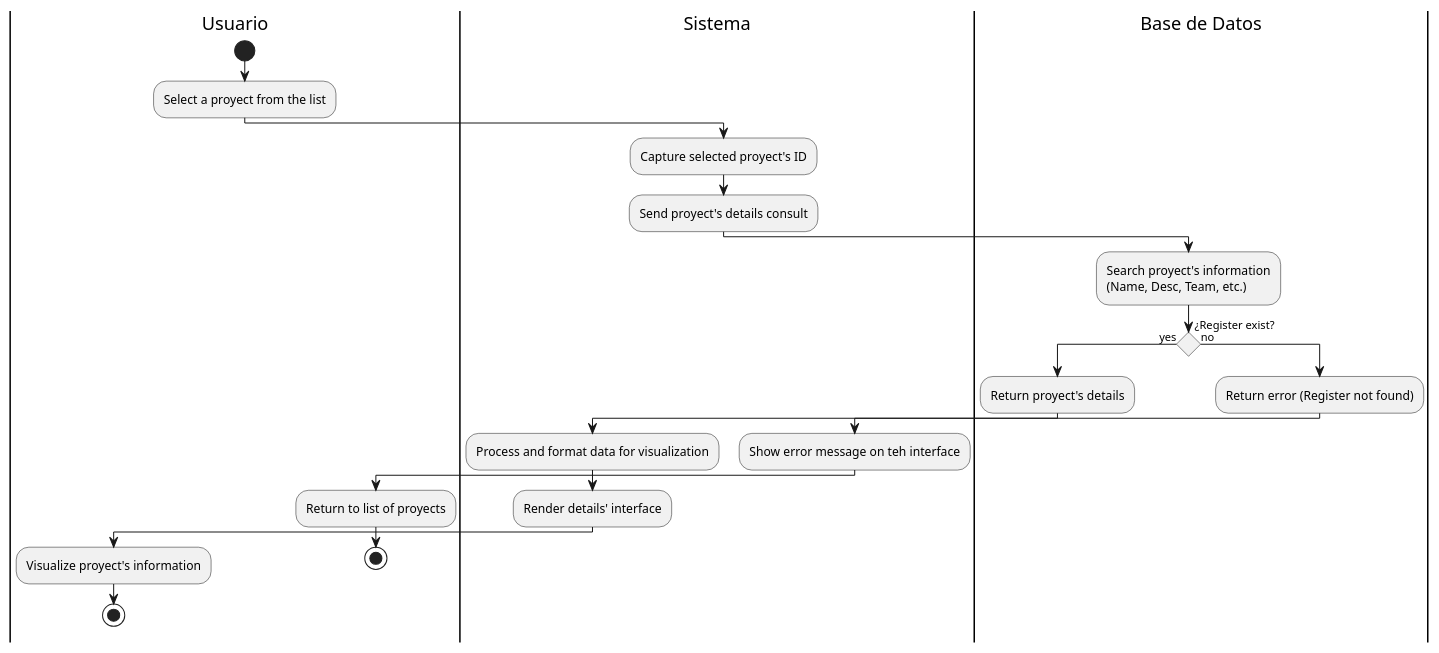
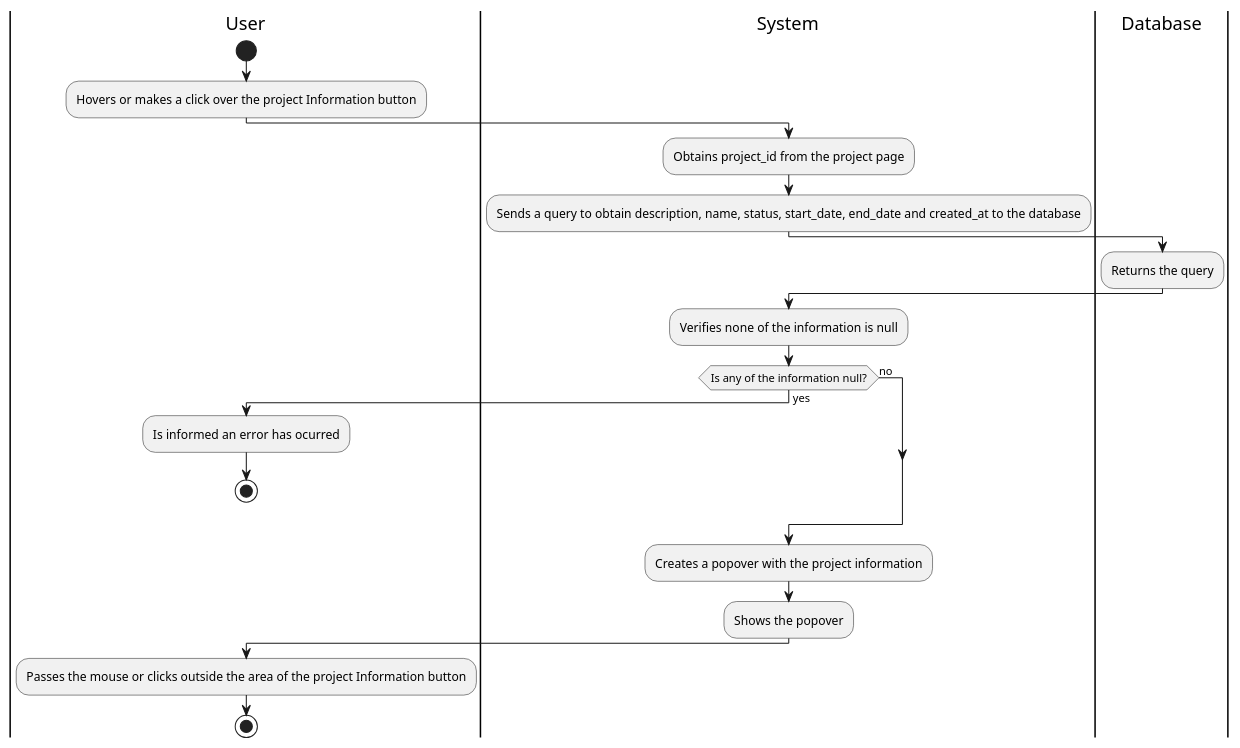
One commit to Berthou05/LimboSoftwareDevelopment_Change.org changed the diagram in documentation/activity_diagrams/PROJ-04-ActivityDiagram.puml. Above: the diagram before and after it, drawn with PlantUML. The commit also changed 1 other file, not shown here.

```diff
--- a/documentation/activity_diagrams/PROJ-04-ActivityDiagram.puml
+++ b/documentation/activity_diagrams/PROJ-04-ActivityDiagram.puml
@@ -1,31 +1,30 @@
 @startuml
-skinparam conditionStyle diamond
-|Usuario|
+|User|
 start
-:Select a proyect from the list;
+:Hovers or makes a click over the project Information button;
 
-|Sistema|
-:Capture selected proyect's ID;
-:Send proyect's details consult;
+|System|
+:Obtains project_id from the project page;
+:Sends a query to obtain description, name, status, start_date, end_date and created_at to the database;
 
-|Base de Datos|
-:Search proyect's information\n(Name, Desc, Team, etc.);
+|Database|
+:Returns the query;
 
-if (¿Register exist?) then (yes)
-    :Return proyect's details;
-    |Sistema|
-    :Process and format data for visualization;
-    :Render details' interface;
-    |Usuario|
-    :Visualize proyect's information;
-    stop
-else (no)
-    |Base de Datos|
-    :Return error (Register not found);
-    |Sistema|
-    :Show error message on teh interface;
-    |Usuario|
-    :Return to list of proyects;
+|System|
+:Verifies none of the information is null;
+if(Is any of the information null?) then (no)
+else(yes)
+    |User|
+    :Is informed an error has ocurred;
     stop
 endif
+
+|System|
+:Creates a popover with the project information;
+:Shows the popover;
+
+|User|
+:Passes the mouse or clicks outside the area of the project Information button;
+stop
+
 @enduml
```
